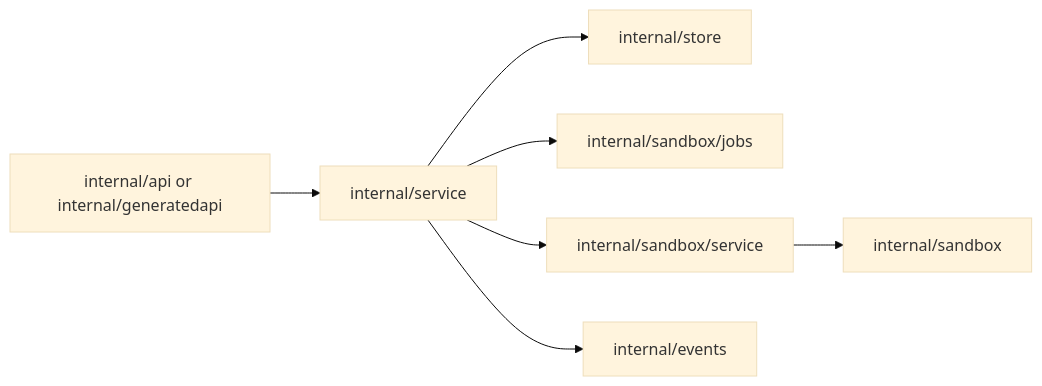
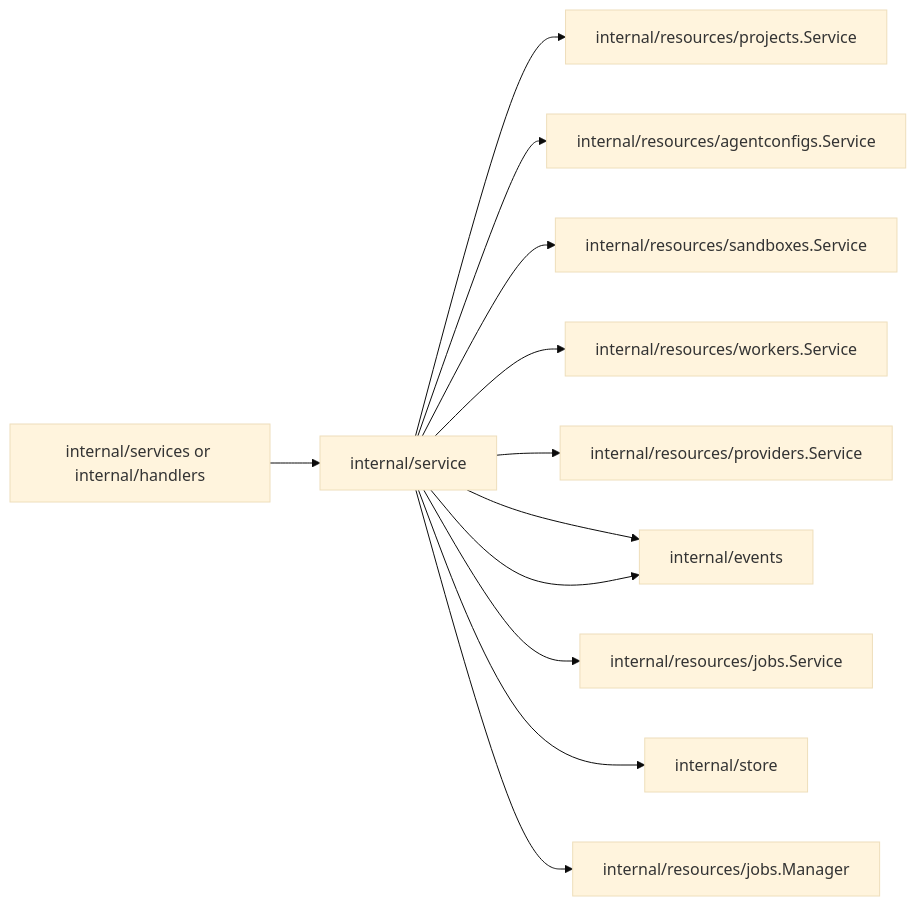
Before and after one commit to discobox-ai/discobox: the first of 2 diagrams in server/internal/service/DESIGN.md, drawn with Mermaid (base theme). The commit also changed other lines of this file and 87 other files, not shown here.

Commit message:
refactor(server): organize API services by resource

````diff
--- a/server/internal/service/DESIGN.md
+++ b/server/internal/service/DESIGN.md
@@ -10,9 +9,14 @@
 ```mermaid
 flowchart LR
-    api[internal/api or internal/generatedapi] --> service[internal/service]
+    api[internal/services or internal/handlers] --> service[internal/service]
+    service --> projects[internal/resources/projects.Service]
+    service --> agentconfigs[internal/resources/agentconfigs.Service]
+    service --> sandboxes[internal/resources/sandboxes.Service]
+    service --> workers[internal/resources/workers.Service]
+    service --> providers[internal/resources/providers.Service]
+    service --> events[internal/resources/events.Service]
+    service --> jobsvc[internal/resources/jobs.Service]
     service --> store[internal/store]
-    service --> jobs[internal/sandbox/jobs]
-    service --> sandboxsvc[internal/sandbox/service]
+    service --> jobs[internal/resources/jobs.Manager]
     service --> events[internal/events]
-    sandboxsvc --> sandbox[internal/sandbox]
 ```
````
